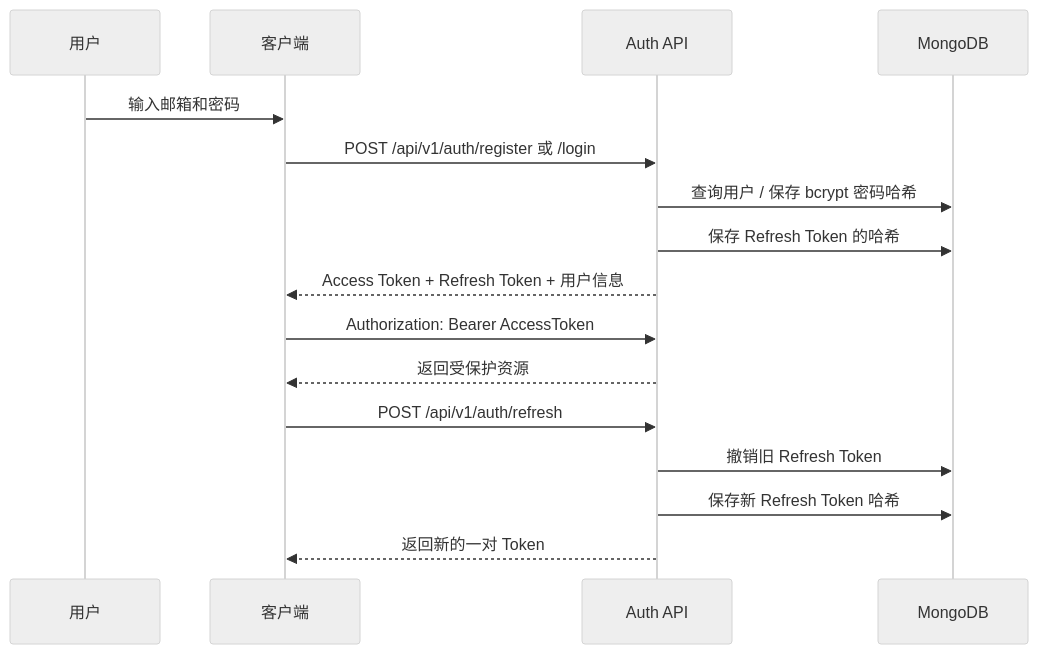
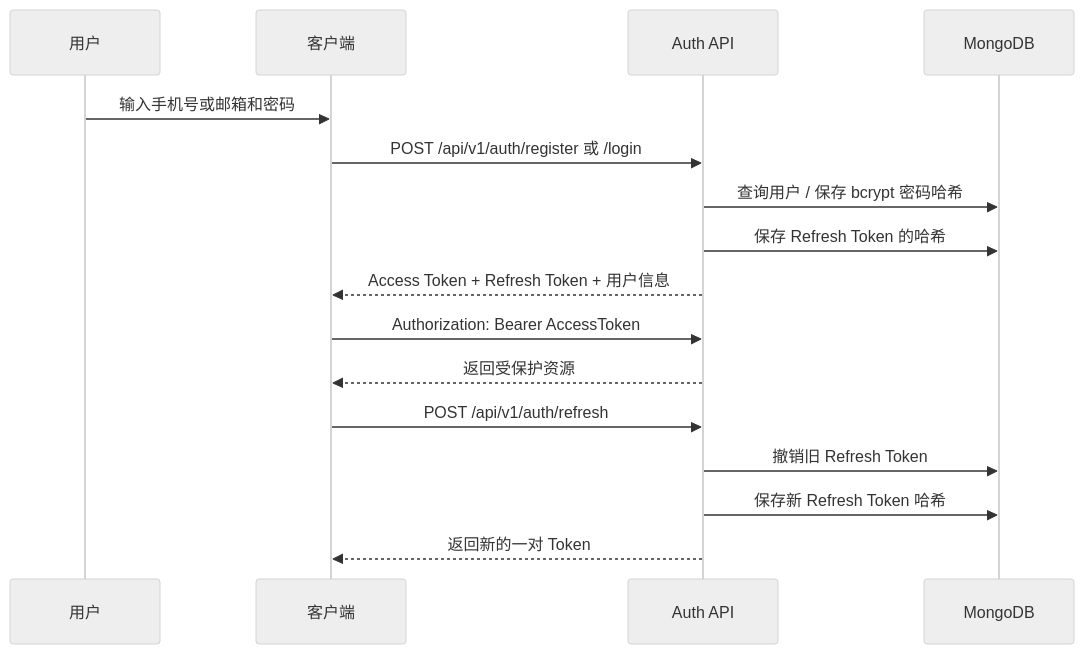
One commit to EaseLearnAI/Knowledge changed the third of 6 diagrams in Memo完整技术方案与代码导览.md. Above: the diagram before and after it, drawn with Mermaid (neutral theme). The commit also changed other lines of this file and 22 other files, not shown here.

Commit message:
Add authenticated Memo app flow

````diff
--- a/Memo完整技术方案与代码导览.md
+++ b/Memo完整技术方案与代码导览.md
@@ -388,19 +389,19 @@
 ```mermaid
 sequenceDiagram
     participant U as 用户
     participant C as 客户端
     participant A as Auth API
     participant M as MongoDB
 
-    U->>C: 输入邮箱和密码
+    U->>C: 输入手机号或邮箱和密码
     C->>A: POST /api/v1/auth/register 或 /login
     A->>M: 查询用户 / 保存 bcrypt 密码哈希
     A->>M: 保存 Refresh Token 的哈希
     A-->>C: Access Token + Refresh Token + 用户信息
     C->>A: Authorization: Bearer AccessToken
     A-->>C: 返回受保护资源
     C->>A: POST /api/v1/auth/refresh
     A->>M: 撤销旧 Refresh Token
     A->>M: 保存新 Refresh Token 哈希
     A-->>C: 返回新的一对 Token
 ```
````
